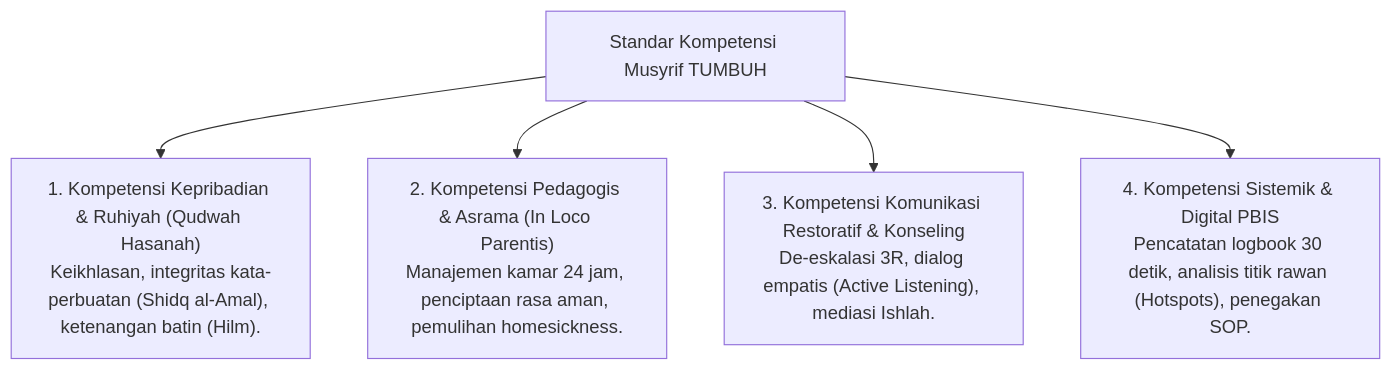
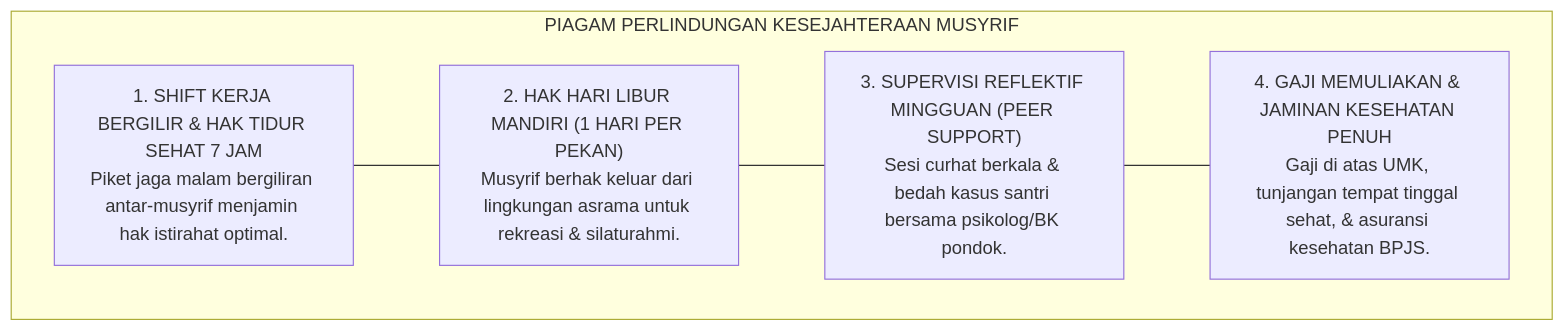
Before and after one commit to wandiapriliyandi/tumbuh: the fourth of 4 diagrams in 03 Capacity Framework/01 Graduate Profile/P3-01-03-Standar-Kompetensi-Qudwah-Musyrif.md, drawn with Mermaid. The commit also changed other lines of this file and 15 other files, not shown here.

````diff
--- a/03 Capacity Framework/01 Graduate Profile/P3-01-03-Standar-Kompetensi-Qudwah-Musyrif.md
+++ b/03 Capacity Framework/01 Graduate Profile/P3-01-03-Standar-Kompetensi-Qudwah-Musyrif.md
@@ -10,9 +209,14 @@
 ```mermaid
-graph TD
-    Kompetensi["Standar Kompetensi Musyrif TUMBUH"]
-    
-    Kompetensi --> K1["1. Kompetensi Kepribadian & Ruhiyah (Qudwah Hasanah)<br/>Keikhlasan, integritas kata-perbuatan (Shidq al-Amal), ketenangan batin (Hilm)."]
-    Kompetensi --> K2["2. Kompetensi Pedagogis & Asrama (In Loco Parentis)<br/>Manajemen kamar 24 jam, penciptaan rasa aman, pemulihan homesickness."]
-    Kompetensi --> K3["3. Kompetensi Komunikasi Restoratif & Konseling<br/>De-eskalasi 3R, dialog empatis (Active Listening), mediasi Ishlah."]
-    Kompetensi --> K4["4. Kompetensi Sistemik & Digital PBIS<br/>Pencatatan logbook 30 detik, analisis titik rawan (Hotspots), penegakan SOP."]
+flowchart TD
+    subgraph HakKesejahteraanMusyrifTUMBUH["PIAGAM PERLINDUNGAN KESEJAHTERAAN MUSYRIF"]
+        JamKerja["1. SHIFT KERJA BERGILIR & HAK TIDUR SEHAT 7 JAM<br/>Piket jaga malam bergiliran antar-musyrif menjamin hak istirahat optimal."]
+        
+        LiburMingguan["2. HAK HARI LIBUR MANDIRI (1 HARI PER PEKAN)<br/>Musyrif berhak keluar dari lingkungan asrama untuk rekreasi & silaturahmi."]
+        
+        SupervisiKlinis["3. SUPERVISI REFLEKTIF MINGGUAN (PEER SUPPORT)<br/>Sesi curhat berkala & bedah kasus santri bersama psikolog/BK pondok."]
+        
+        KesejahteraanLayak["4. GAJI MEMULIAKAN & JAMINAN KESEHATAN PENUH<br/>Gaji di atas UMK, tunjangan tempat tinggal sehat, & asuransi kesehatan BPJS."]
+        
+        JamKerja --- LiburMingguan --- SupervisiKlinis --- KesejahteraanLayak
+    end
 ```
````
